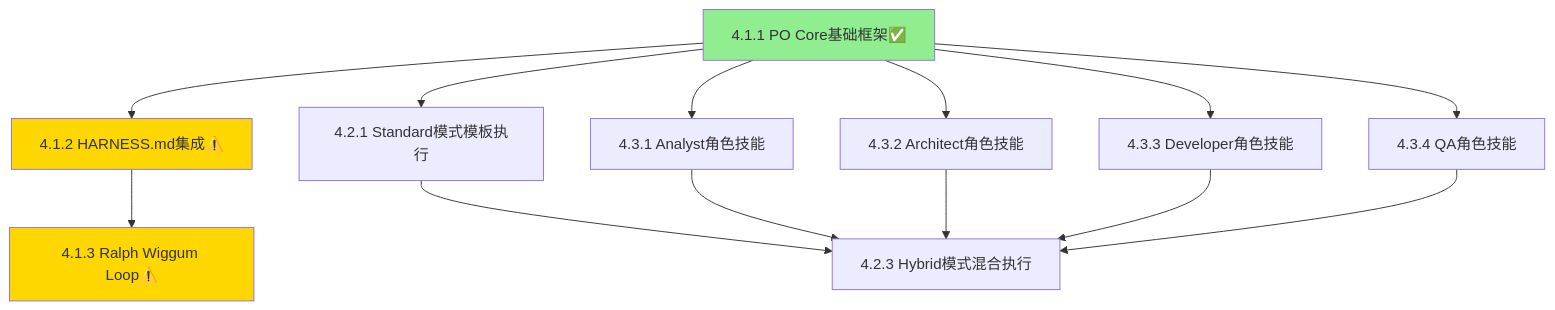
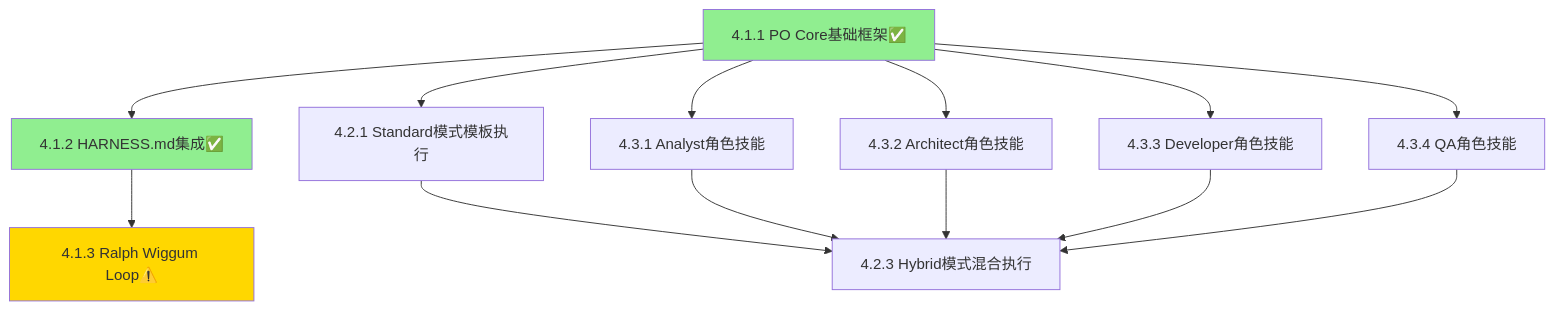
Before and after one commit to wanghaisheng/openworkhorse: the diagram in openspec/changes/po-system-implementation/README.md, drawn with Mermaid. The commit also changed other lines of this file and 2 other files, not shown here.

First line of the commit message:
完成Milestone 4.1.2: HARNESS.md集成（技能级实现）

````diff
--- a/openspec/changes/po-system-implementation/README.md
+++ b/openspec/changes/po-system-implementation/README.md
@@ -196,19 +196,19 @@
 ```mermaid
 graph TD
-    A[4.1.1 PO Core基础框架✅] --> B[4.1.2 HARNESS.md集成⚠️]
+    A[4.1.1 PO Core基础框架✅] --> B[4.1.2 HARNESS.md集成✅]
     A --> C[4.2.1 Standard模式模板执行]
     A --> D[4.3.1 Analyst角色技能]
     A --> E[4.3.2 Architect角色技能]
     A --> F[4.3.3 Developer角色技能]
     A --> G[4.3.4 QA角色技能]
     B --> H[4.1.3 Ralph Wiggum Loop⚠️]
     C --> I[4.2.3 Hybrid模式混合执行]
     D --> I
     E --> I
     F --> I
     G --> I
     
     style A fill:#90EE90
-    style B fill:#FFD700
+    style B fill:#90EE90
     style H fill:#FFD700
 ```
````
